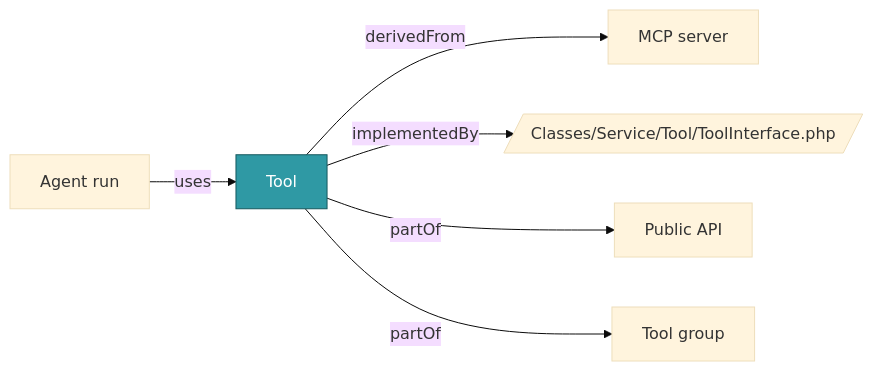
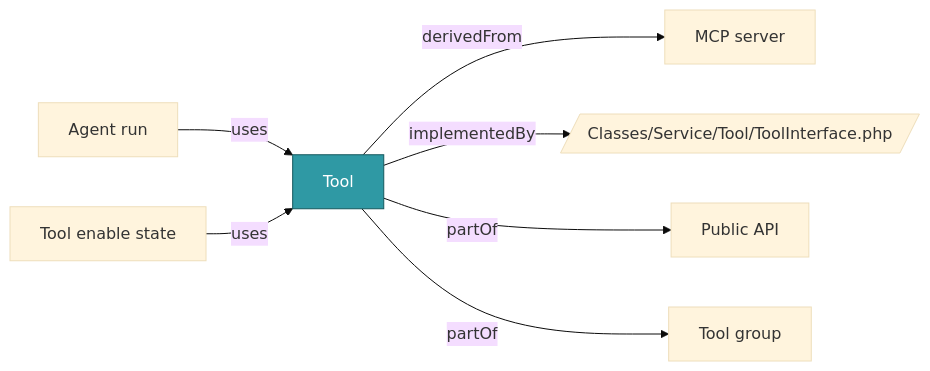
Before and after one commit to netresearch/t3x-nr-llm: the diagram in docs/ontology/concepts/tool.md, drawn with Mermaid (base theme). The commit also changed 25 other files, not shown here.

First line of the commit message:
docs: model tool enable state, skill tool limits and missing API parts

````diff
--- a/docs/ontology/concepts/tool.md
+++ b/docs/ontology/concepts/tool.md
@@ -23,16 +23,18 @@
 ```mermaid
 flowchart LR
   c["Tool"]
   n1["MCP server"]
   n2[/"Classes/Service/Tool/ToolInterface.php"/]
   n3["Public API"]
   n4["Tool group"]
   n5["Agent run"]
+  n6["Tool enable state"]
   c -->|"derivedFrom"| n1
   c -->|"implementedBy"| n2
   c -->|"partOf"| n3
   c -->|"partOf"| n4
   n5 -->|"uses"| c
+  n6 -->|"uses"| c
   classDef focus fill:#2F99A4,stroke:#15585E,color:#ffffff
   class c focus
 ```
````
